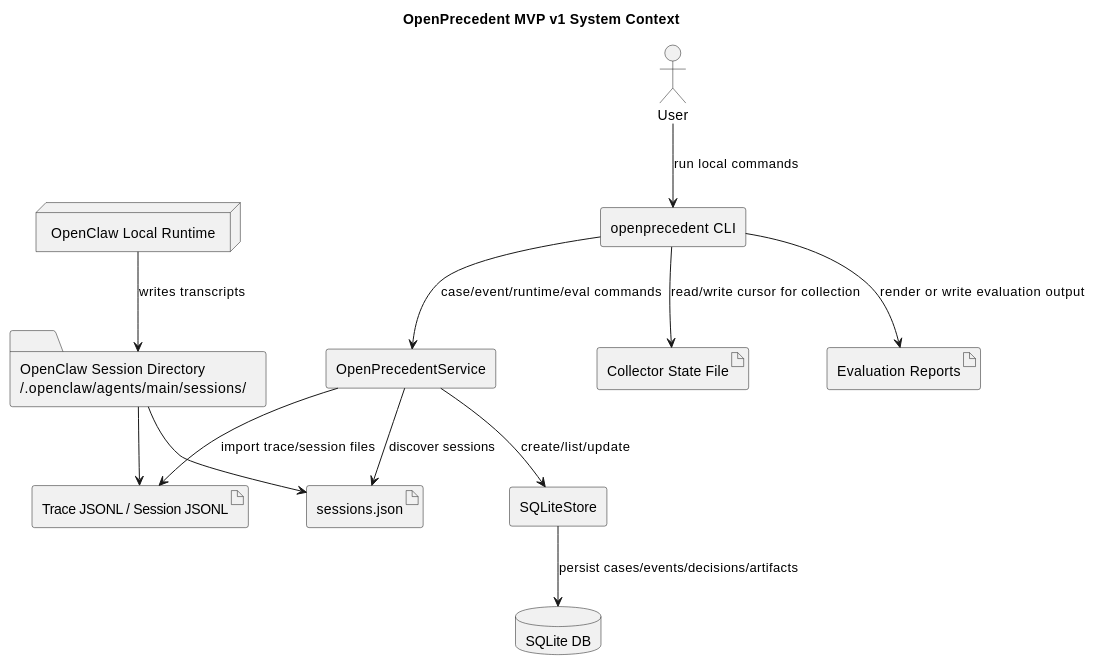
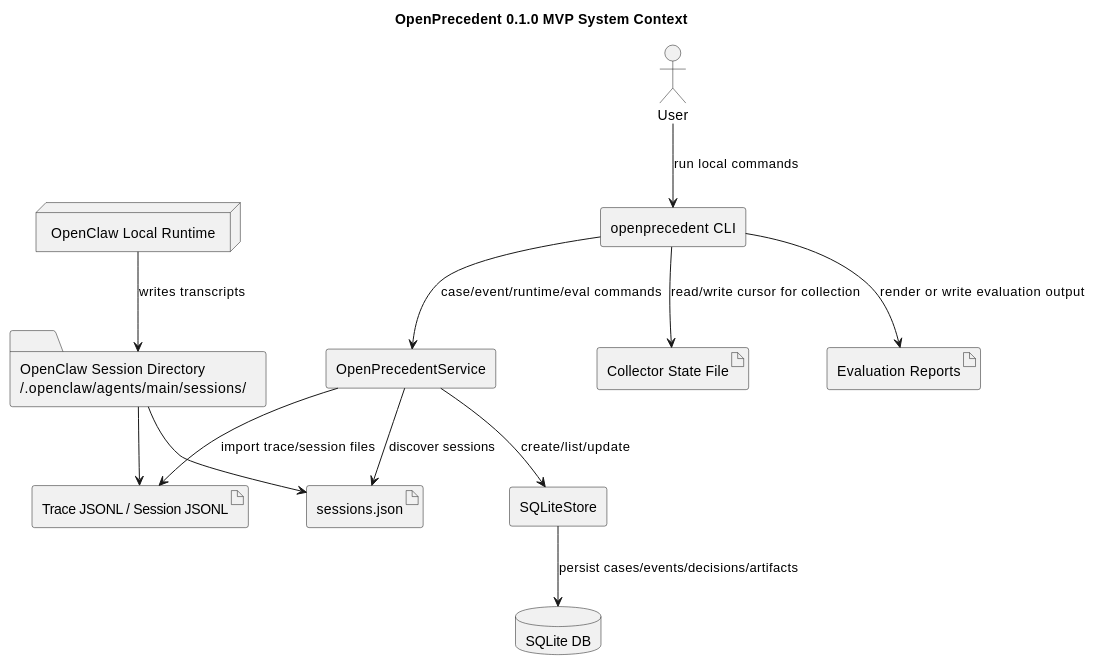
One commit to openprecedent/openprecedent changed the first of 4 diagrams in docs/architecture/mvp-design.md. Above: the diagram before and after it, drawn with PlantUML. The commit also changed other lines of this file and 11 other files, not shown here.

````diff
--- a/docs/architecture/mvp-design.md
+++ b/docs/architecture/mvp-design.md
@@ -94,34 +94,34 @@
 ```plantuml
 @startuml
 skinparam componentStyle rectangle
 skinparam shadowing false
-title OpenPrecedent MVP v1 System Context
+title OpenPrecedent 0.1.0 MVP System Context
 
 actor User
 node "OpenClaw Local Runtime" as OpenClaw
 folder "OpenClaw Session Directory\n~/.openclaw/agents/main/sessions/" as Sessions
 artifact "Trace JSONL / Session JSONL" as Jsonl
 artifact "sessions.json" as SessionsIndex
 
 component "openprecedent CLI" as CLI
 component "OpenPrecedentService" as Service
 component "SQLiteStore" as Store
 database "SQLite DB" as DB
 artifact "Collector State File" as State
 artifact "Evaluation Reports" as Reports
 
 User --> CLI : run local commands
 OpenClaw --> Sessions : writes transcripts
 Sessions --> Jsonl
 Sessions --> SessionsIndex
 
 CLI --> Service : case/event/runtime/eval commands
 Service --> Store : create/list/update
 Store --> DB : persist cases/events/decisions/artifacts
 
 CLI --> State : read/write cursor for collection
 Service --> Jsonl : import trace/session files
 Service --> SessionsIndex : discover sessions
 CLI --> Reports : render or write evaluation output
 @enduml
 ```
````
